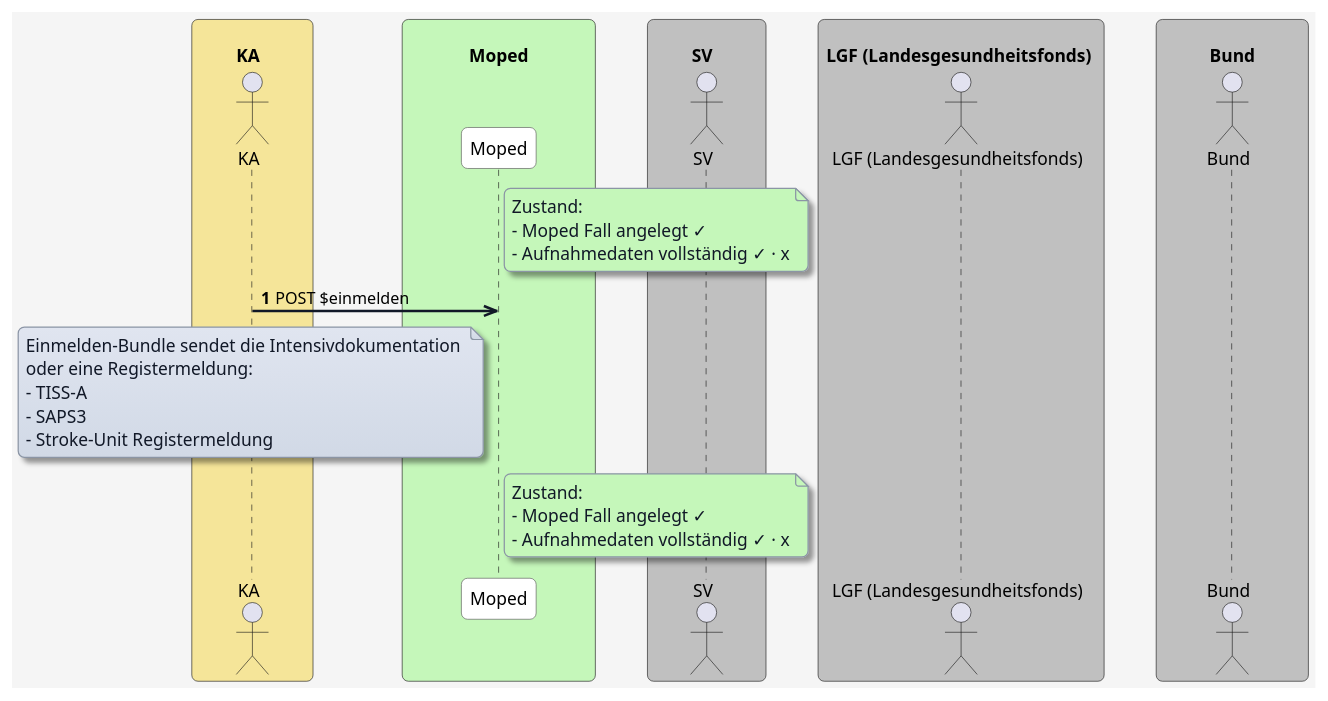
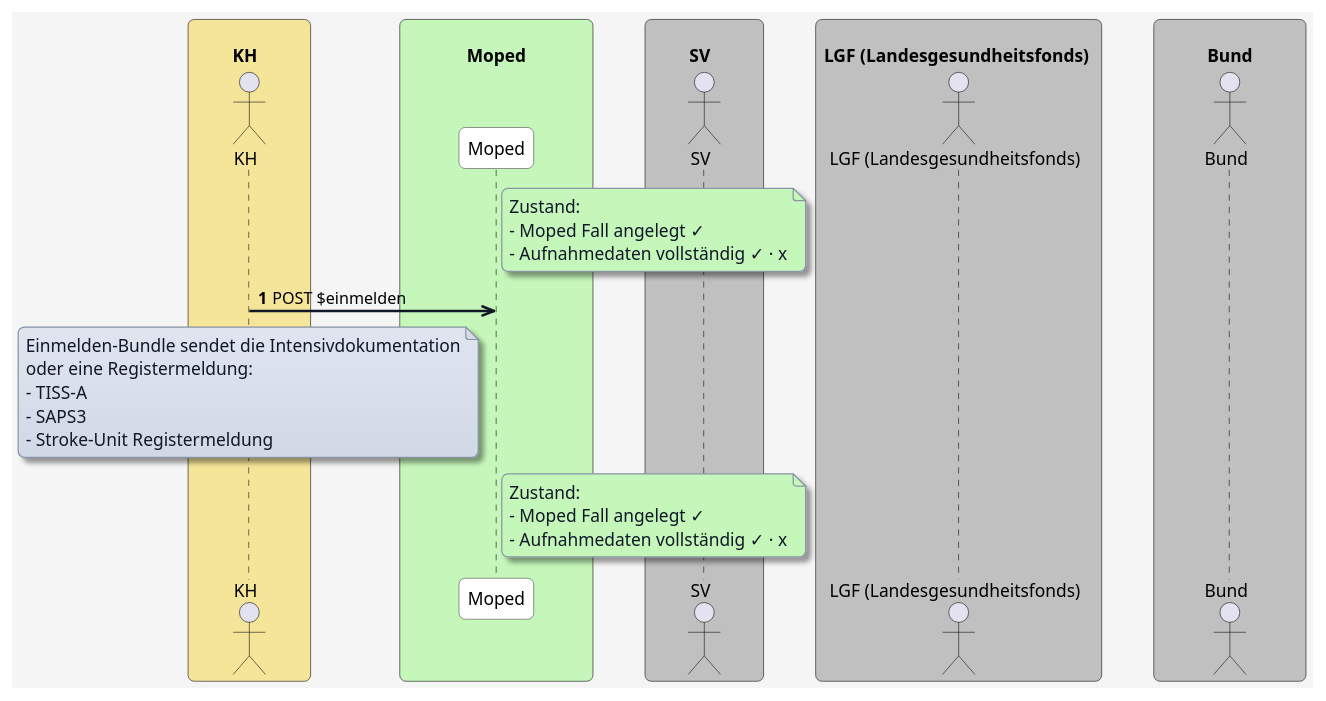
The diagram in plantuml/moped-fall-patientenversorgung/einmelden-generisch.plantuml (HL7Austria/ELGA-MOPED-R5), drawn with PlantUML before and after one commit. The commit also changed 20 other files, not shown here.

Commit message:
Diagramme der Patientenversorgung Puzzleteile in SVGs umwandeln

```diff
--- a/plantuml/moped-fall-patientenversorgung/einmelden-generisch.plantuml
+++ b/plantuml/moped-fall-patientenversorgung/einmelden-generisch.plantuml
@@ -1,85 +1,85 @@
 @startuml
 skinparam borderColor #000000
 skinparam backgroundColor #f5f5f5
 skinparam shadowing false
 skinparam roundCorner 10
 skinparam defaultFontName "Arial"
 skinparam defaultFontSize 14
 skinparam defaultFontColor #000000
 
 skinparam note {
   BackgroundColor #e0e5f0-#d1d9e6
   BorderColor #8b95a5
   BorderThickness 1
   RoundCorner 8
   Padding 6
   FontColor #111827
   Shadowing true
 }
 
 skinparam HyperlinkColor #0000EE
 skinparam HyperlinkUnderline false
 
 skinparam sequence {
   ParticipantBorderColor #555555
   ParticipantBackgroundColor #ffffff
   ParticipantFontColor #000000
   ParticipantFontSize 14
   ParticipantPadding 20
   ArrowColor #111827
   ArrowThickness 2
   ArrowFontColor #000000
   ArrowFontSize 13
   GroupBorderColor #111827
   GroupBackgroundColor #f3f4f6
   GroupBorderThickness 1
 }
 
 skinparam BoxPadding 20
 skinparam BoxBorderColor #555555
 
-box "\n         KA           " #f5e599
-  actor KA as "KA"
+box "\n         KH           " #f5e599
+  actor KH as "KH"
 end box
 
 box "\n              Moped              " #c5f7ba
   participant MP as "Moped"
 end box
 
 box "\n         SV           " #c0c0c0
   actor SV as "SV"
 end box
 
 box "\n LGF (Landesgesundheitsfonds)  " #c0c0c0
   actor LGF as "LGF (Landesgesundheitsfonds)"
 end box
 
 box "\n           Bund           " #c0c0c0
   actor Bund as "Bund"
 end box
 
 autonumber
 
 note right of MP #c5f7ba
 Zustand:
 - Moped Fall angelegt ✓
 - Aufnahmedaten vollständig ✓ · x
 end note
 
-KA ->> MP: POST $einmelden
+KH ->> MP: POST $einmelden
 
-note over KA
-Einmelden-Bundle sendet die Intensivdokumentation 
+note over KH
+Einmelden-Bundle sendet die Intensivdokumentation
 oder eine Registermeldung:
 - TISS-A
 - SAPS3
 - Stroke-Unit Registermeldung
 end note
 
 note right of MP #c5f7ba
 Zustand:
 - Moped Fall angelegt ✓
 - Aufnahmedaten vollständig ✓ · x
 end note
 
 @enduml
```
